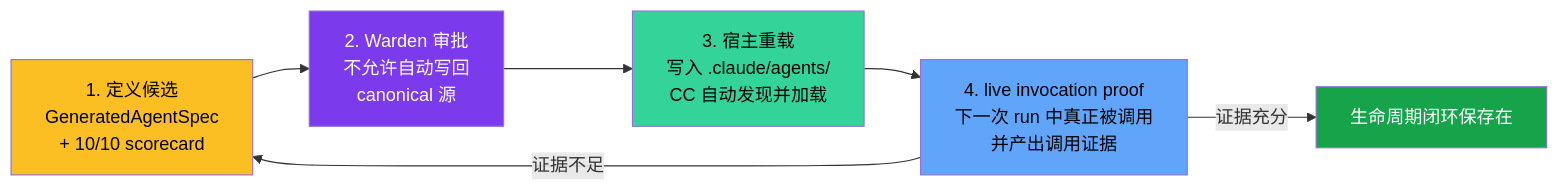
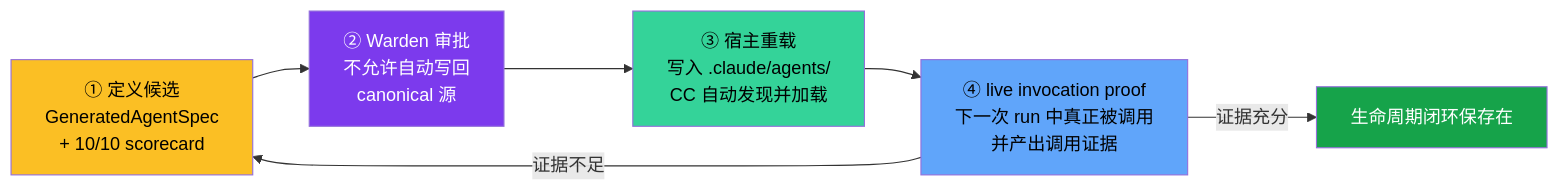
One commit to delphi007/ai-study changed the fourth of 4 diagrams in Meta_Kim/07-用户上下文Agent的创建与演进.md. Above: the diagram before and after it, drawn with Mermaid. The commit also changed other lines of this file and 7 other files, not shown here.

````diff
--- a/Meta_Kim/07-用户上下文Agent的创建与演进.md
+++ b/Meta_Kim/07-用户上下文Agent的创建与演进.md
@@ -260,14 +260,14 @@
 ```mermaid
 flowchart LR
-    S1["1. 定义候选<br/>GeneratedAgentSpec<br/>+ 10/10 scorecard"] --> S2["2. Warden 审批<br/>不允许自动写回<br/>canonical 源"]
-    S2 --> S3["3. 宿主重载<br/>写入 .claude/agents/<br/>CC 自动发现并加载"]
-    S3 --> S4["4. live invocation proof<br/>下一次 run 中真正被调用<br/>并产出调用证据"]
+    S1["① 定义候选<br/>GeneratedAgentSpec<br/>+ 10/10 scorecard"] --> S2["② Warden 审批<br/>不允许自动写回<br/>canonical 源"]
+    S2 --> S3["③ 宿主重载<br/>写入 .claude/agents/<br/>CC 自动发现并加载"]
+    S3 --> S4["④ live invocation proof<br/>下一次 run 中真正被调用<br/>并产出调用证据"]
     S4 -->|"证据充分"| CLOSED[生命周期闭环保存在]
     S4 -->|"证据不足"| S1
 
     style S1 fill:#fbbf24,color:#000
     style S2 fill:#7c3aed,color:#fff
     style S3 fill:#34d399,color:#000
     style S4 fill:#60a5fa,color:#000
     style CLOSED fill:#16a34a,color:#fff
 ```
````
